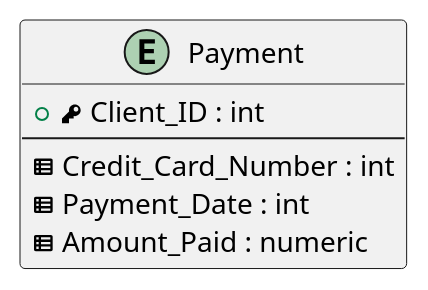
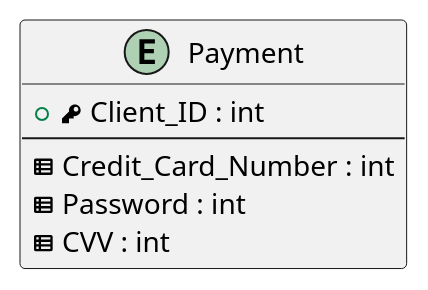
One commit to DmitryVasilkovW/ITMO-Database-design-labs-4-sem changed the diagram in Labs/Lab1/Tables/Entities/Payment.puml. Above: the diagram before and after it, drawn with PlantUML. The commit also changed 9 other files, not shown here.

```diff
--- a/Labs/Lab1/Tables/Entities/Payment.puml
+++ b/Labs/Lab1/Tables/Entities/Payment.puml
@@ -1,10 +1,10 @@
 @startuml
 entity "Payment" as payment
 {
   +<&key> Client_ID : int
   --
   <&spreadsheet> Credit_Card_Number : int
-  <&spreadsheet> Payment_Date : int
-  <&spreadsheet> Amount_Paid : numeric
+  <&spreadsheet> Password : int
+  <&spreadsheet> CVV : int
 }
 @enduml
```
